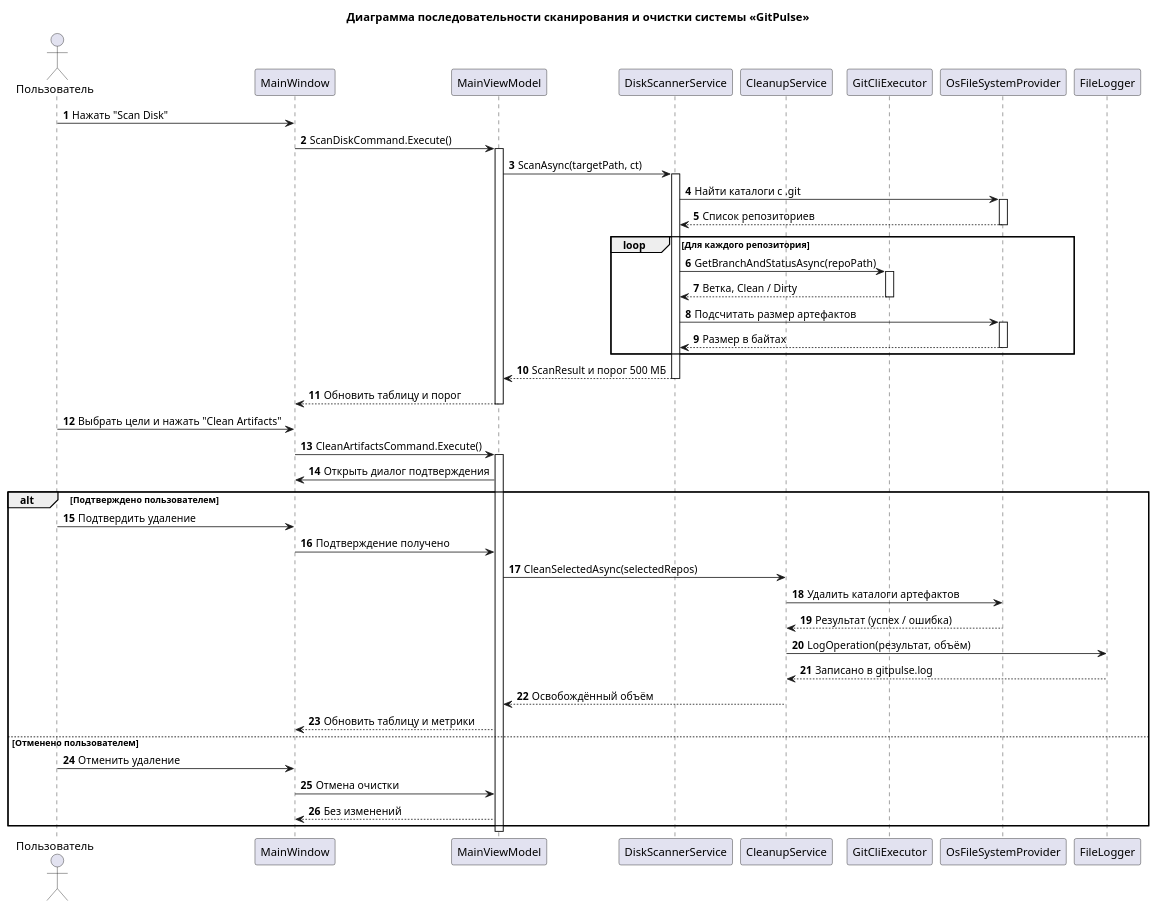
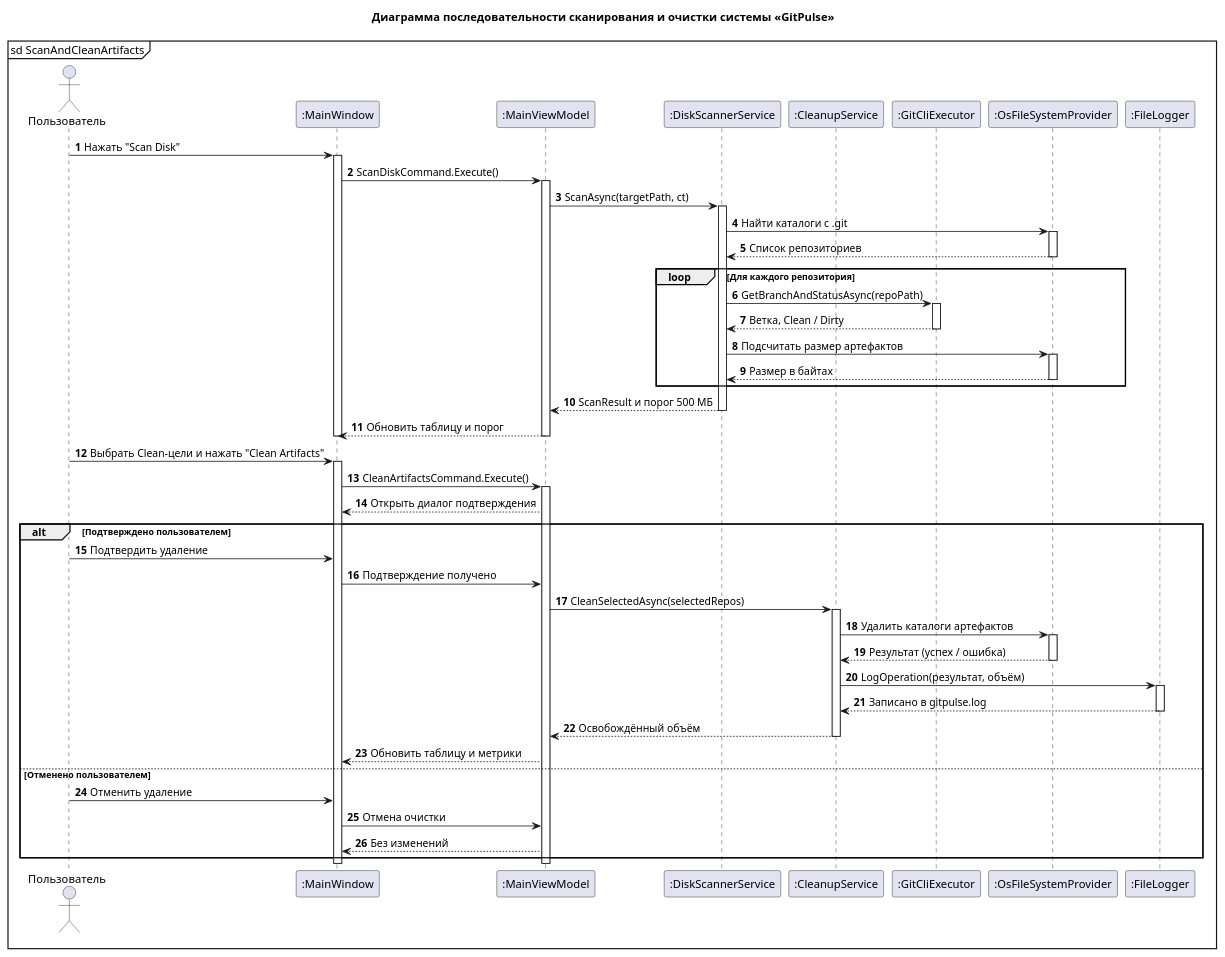
Before and after one commit to BSUIR-SDLC/SDLC: the diagram in diagrams/gitpulse-sequence.puml, drawn with PlantUML. The commit also changed 19 other files, not shown here.

Commit message:
docs: синхронизировать документацию и диаграммы после согласования

```diff
--- a/diagrams/gitpulse-sequence.puml
+++ b/diagrams/gitpulse-sequence.puml
@@ -1,65 +1,80 @@
 @startuml gitpulse-sequence
+mainframe sd ScanAndCleanArtifacts
 title Диаграмма последовательности сканирования и очистки системы «GitPulse»
 autonumber
+skinparam shadowing false
 
 actor "Пользователь" as User
-participant "MainWindow" as View
-participant "MainViewModel" as VM
-participant "DiskScannerService" as Scanner
-participant "CleanupService" as Cleaner
-participant "GitCliExecutor" as GitCli
-participant "OsFileSystemProvider" as FS
-participant "FileLogger" as Logger
+participant ":MainWindow" as View
+participant ":MainViewModel" as VM
+participant ":DiskScannerService" as Scanner
+participant ":CleanupService" as Cleaner
+participant ":GitCliExecutor" as GitCli
+participant ":OsFileSystemProvider" as FS
+participant ":FileLogger" as Logger
 
 User -> View : Нажать "Scan Disk"
+activate View
 View -> VM : ScanDiskCommand.Execute()
 activate VM
 
 VM -> Scanner : ScanAsync(targetPath, ct)
 activate Scanner
 
 Scanner -> FS : Найти каталоги с .git
 activate FS
 FS --> Scanner : Список репозиториев
 deactivate FS
 
 loop Для каждого репозитория
   Scanner -> GitCli : GetBranchAndStatusAsync(repoPath)
   activate GitCli
   GitCli --> Scanner : Ветка, Clean / Dirty
   deactivate GitCli
 
   Scanner -> FS : Подсчитать размер артефактов
   activate FS
   FS --> Scanner : Размер в байтах
   deactivate FS
 end
 
 Scanner --> VM : ScanResult и порог 500 МБ
 deactivate Scanner
 VM --> View : Обновить таблицу и порог
 deactivate VM
+deactivate View
 
-User -> View : Выбрать цели и нажать "Clean Artifacts"
+User -> View : Выбрать Clean-цели и нажать "Clean Artifacts"
+activate View
 View -> VM : CleanArtifactsCommand.Execute()
 activate VM
-VM -> View : Открыть диалог подтверждения
+VM --> View : Открыть диалог подтверждения
 
 alt Подтверждено пользователем
   User -> View : Подтвердить удаление
   View -> VM : Подтверждение получено
   VM -> Cleaner : CleanSelectedAsync(selectedRepos)
+  activate Cleaner
+
   Cleaner -> FS : Удалить каталоги артефактов
+  activate FS
   FS --> Cleaner : Результат (успех / ошибка)
+  deactivate FS
+
   Cleaner -> Logger : LogOperation(результат, объём)
+  activate Logger
   Logger --> Cleaner : Записано в gitpulse.log
+  deactivate Logger
+
   Cleaner --> VM : Освобождённый объём
+  deactivate Cleaner
   VM --> View : Обновить таблицу и метрики
 else Отменено пользователем
   User -> View : Отменить удаление
   View -> VM : Отмена очистки
   VM --> View : Без изменений
 end
 
 deactivate VM
+deactivate View
 @enduml
```
